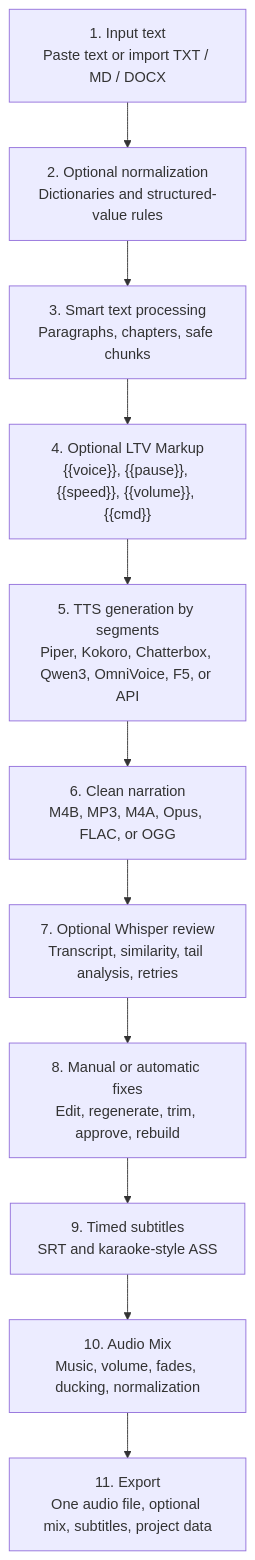
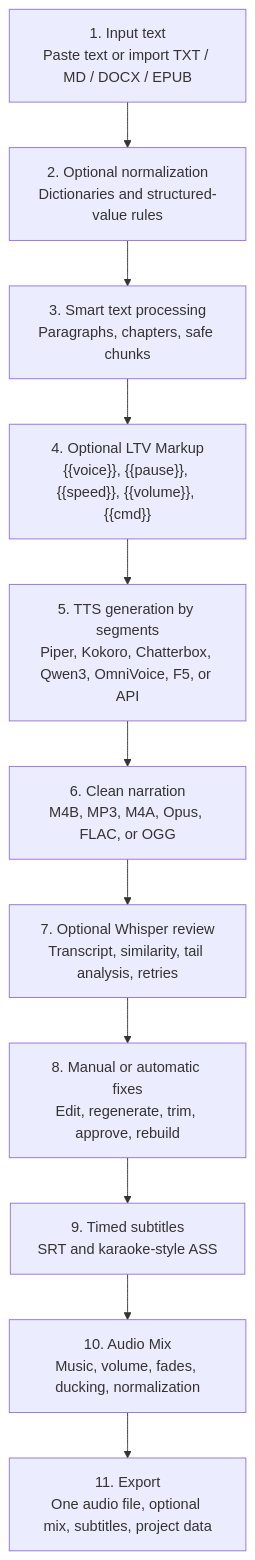
One commit to estebanstifli/LocalText2Voice changed the diagram in README.md. Above: the diagram before and after it, drawn with Mermaid. The commit also changed other lines of this file and 22 other files, not shown here.

First line of the commit message:
feat(import): adapt EPUB and M4B proposal to current beta

````diff
--- a/README.md
+++ b/README.md
@@ -131,13 +131,13 @@
 ```mermaid
 flowchart TD
-    A["1. Input text<br>Paste text or import TXT / MD / DOCX"] --> B["2. Optional normalization<br>Dictionaries and structured-value rules"]
+    A["1. Input text<br>Paste text or import TXT / MD / DOCX / EPUB"] --> B["2. Optional normalization<br>Dictionaries and structured-value rules"]
     B --> C["3. Smart text processing<br>Paragraphs, chapters, safe chunks"]
     C --> D["4. Optional LTV Markup<br>{{voice}}, {{pause}}, {{speed}}, {{volume}}, {{cmd}}"]
     D --> E["5. TTS generation by segments<br>Piper, Kokoro, Chatterbox, Qwen3, OmniVoice, F5, or API"]
     E --> F["6. Clean narration<br>M4B, MP3, M4A, Opus, FLAC, or OGG"]
     F --> G["7. Optional Whisper review<br>Transcript, similarity, tail analysis, retries"]
     G --> H["8. Manual or automatic fixes<br>Edit, regenerate, trim, approve, rebuild"]
     H --> I["9. Timed subtitles<br>SRT and karaoke-style ASS"]
     I --> J["10. Audio Mix<br>Music, volume, fades, ducking, normalization"]
     J --> K["11. Export<br>One audio file, optional mix, subtitles, project data"]
 ```
````
